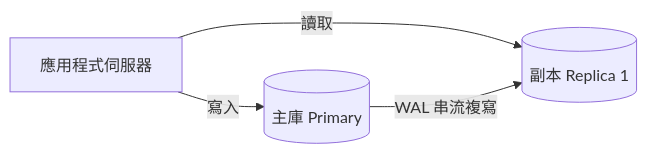
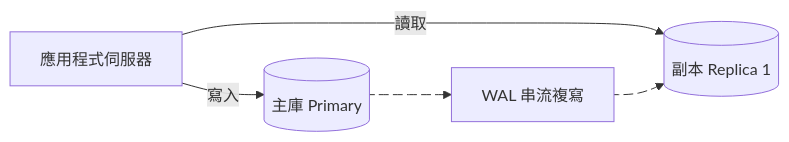
Before and after one commit to TLOGBen/BackendBook: the second of 9 diagrams in docs/17-讀取副本.md, drawn with Mermaid. The commit also changed other lines of this file and 125 other files, not shown here.

First line of the commit message:
新人教材：擴充到 59 篇，每篇加上互動主圖、核心理念與閱讀前知識

````diff
--- a/docs/17-讀取副本.md
+++ b/docs/17-讀取副本.md
@@ -100,10 +128,14 @@
 ```mermaid
 flowchart LR
     App["應用程式伺服器"]
     P[("主庫 Primary")]
+    WAL["WAL 串流複寫"]
     S1[("副本 Replica 1")]
 
     App -- "寫入" --> P
     App -- "讀取" --> S1
-    P -- "WAL 串流複寫" --> S1
+    P e1@--> WAL
+    WAL e2@--> S1
+    e1@{ animate: true }
+    e2@{ animate: true }
 ```
````
